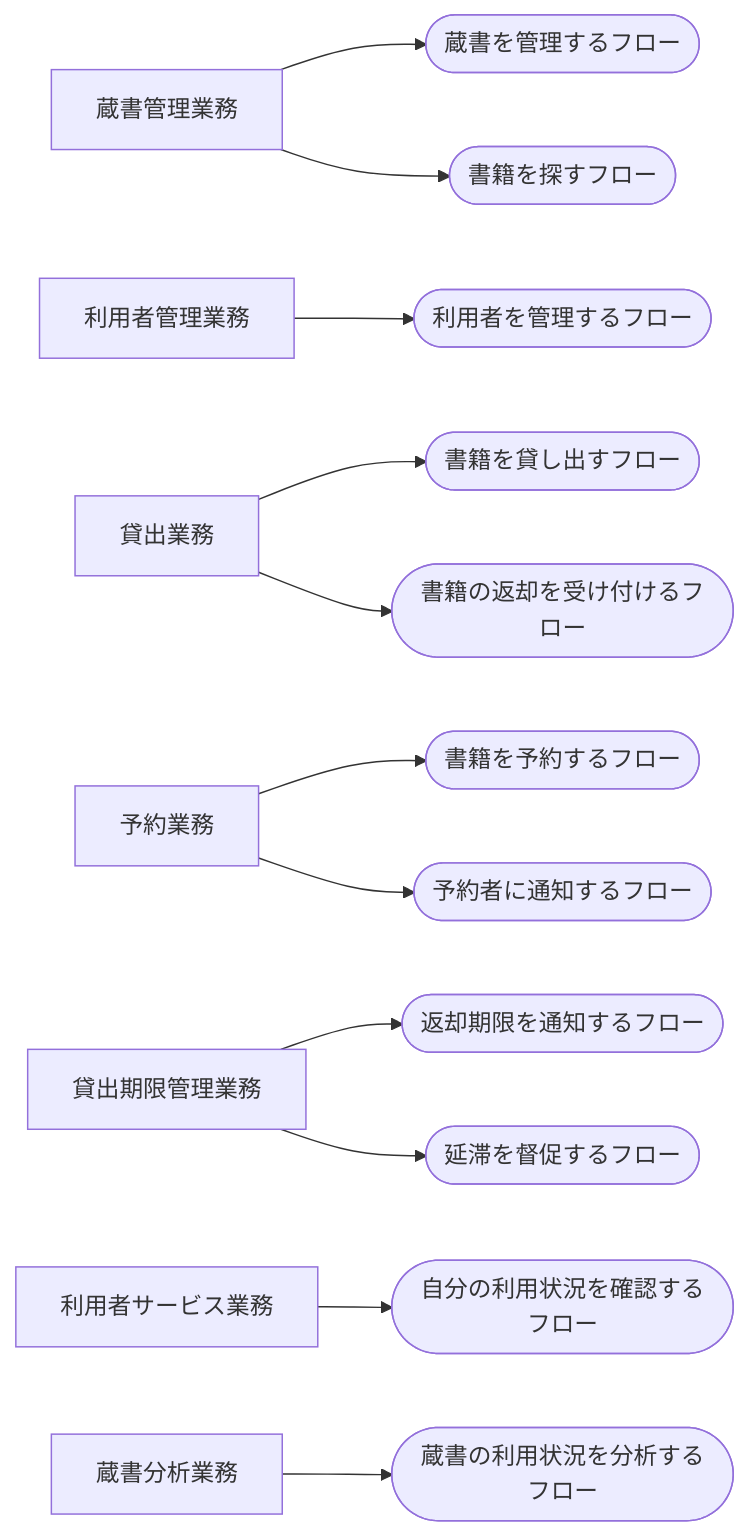
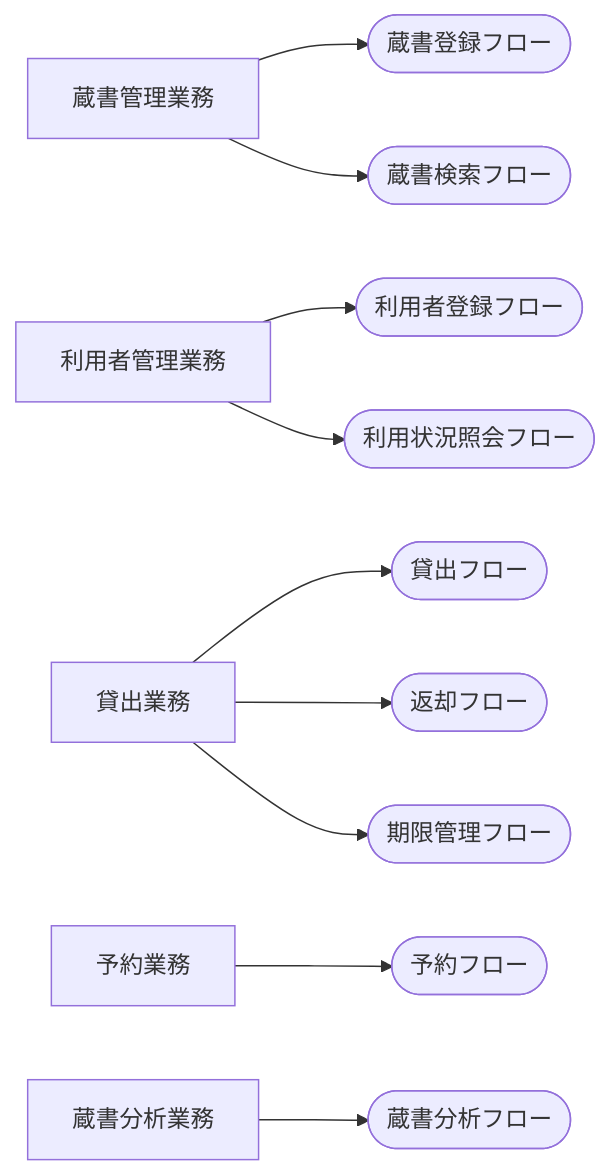
Before and after one commit to suwa-sh/suwa-sh-claude-plugins: the diagram in samples/distillery2/library-loan/docs/requirements/rdra/views/02_業務構成.md, drawn with Mermaid. The commit also changed other lines of this file and 249 other files, not shown here.

````diff
--- a/samples/distillery2/library-loan/docs/requirements/rdra/views/02_業務構成.md
+++ b/samples/distillery2/library-loan/docs/requirements/rdra/views/02_業務構成.md
@@ -7,32 +7,26 @@
 ```mermaid
 graph LR
   GY1["蔵書管理業務"]
-  BC1(["蔵書を管理するフロー"])
-  BC2(["書籍を探すフロー"])
+  BC1(["蔵書登録フロー"])
+  BC2(["蔵書検索フロー"])
   GY2["利用者管理業務"]
-  BC3(["利用者を管理するフロー"])
+  BC3(["利用者登録フロー"])
+  BC4(["利用状況照会フロー"])
   GY3["貸出業務"]
-  BC4(["書籍を貸し出すフロー"])
-  BC5(["書籍の返却を受け付けるフロー"])
+  BC5(["貸出フロー"])
+  BC6(["返却フロー"])
+  BC7(["期限管理フロー"])
   GY4["予約業務"]
-  BC6(["書籍を予約するフロー"])
-  BC7(["予約者に通知するフロー"])
-  GY5["貸出期限管理業務"]
-  BC8(["返却期限を通知するフロー"])
-  BC9(["延滞を督促するフロー"])
-  GY6["利用者サービス業務"]
-  BC10(["自分の利用状況を確認するフロー"])
-  GY7["蔵書分析業務"]
-  BC11(["蔵書の利用状況を分析するフロー"])
+  BC8(["予約フロー"])
+  GY5["蔵書分析業務"]
+  BC9(["蔵書分析フロー"])
   GY1 --> BC1
   GY1 --> BC2
   GY2 --> BC3
-  GY3 --> BC4
+  GY2 --> BC4
   GY3 --> BC5
-  GY4 --> BC6
-  GY4 --> BC7
-  GY5 --> BC8
+  GY3 --> BC6
+  GY3 --> BC7
+  GY4 --> BC8
   GY5 --> BC9
-  GY6 --> BC10
-  GY7 --> BC11
 ```
````
